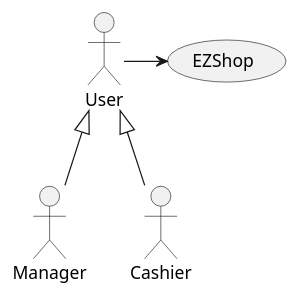
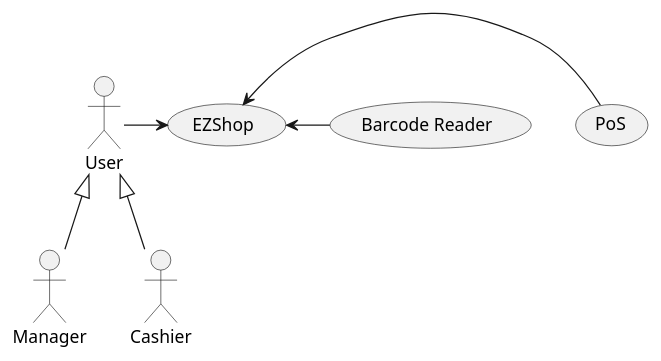
The diagram in Deliverables/RequirementsDocument.md (giuseppesalvi/ezshop), drawn with PlantUML before and after one commit. The commit also changed other lines of this file, not shown here.

Commit message:
Update RequirementsDocument.md, context diagram, interfaces and stakeholder.

````diff
--- a/Deliverables/RequirementsDocument.md
+++ b/Deliverables/RequirementsDocument.md
@@ -54,8 +55,10 @@
 ```plantuml
 actor Manager as a
 actor Cashier as o
 actor User as u
 a -up-|> u
 o -up-|> u
 u -> (EZShop)
+(EZShop) <- (PoS)
+(EZShop) <- (Barcode Reader)
 ```
````
